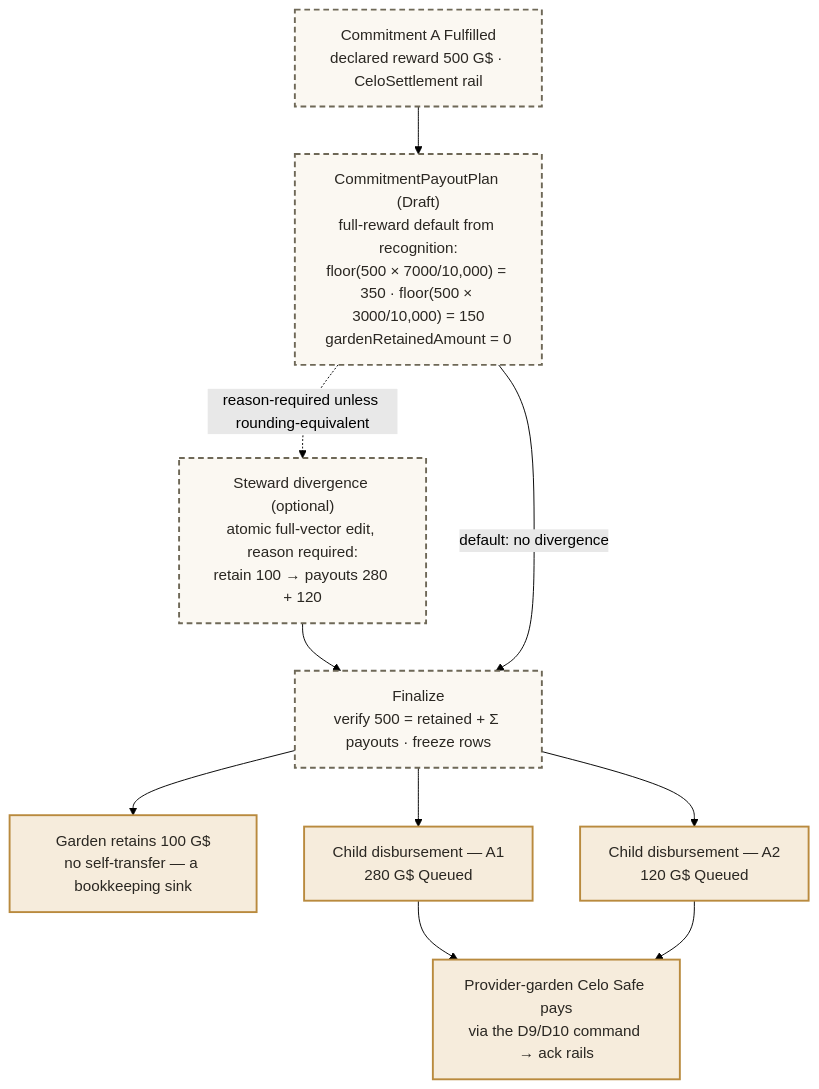
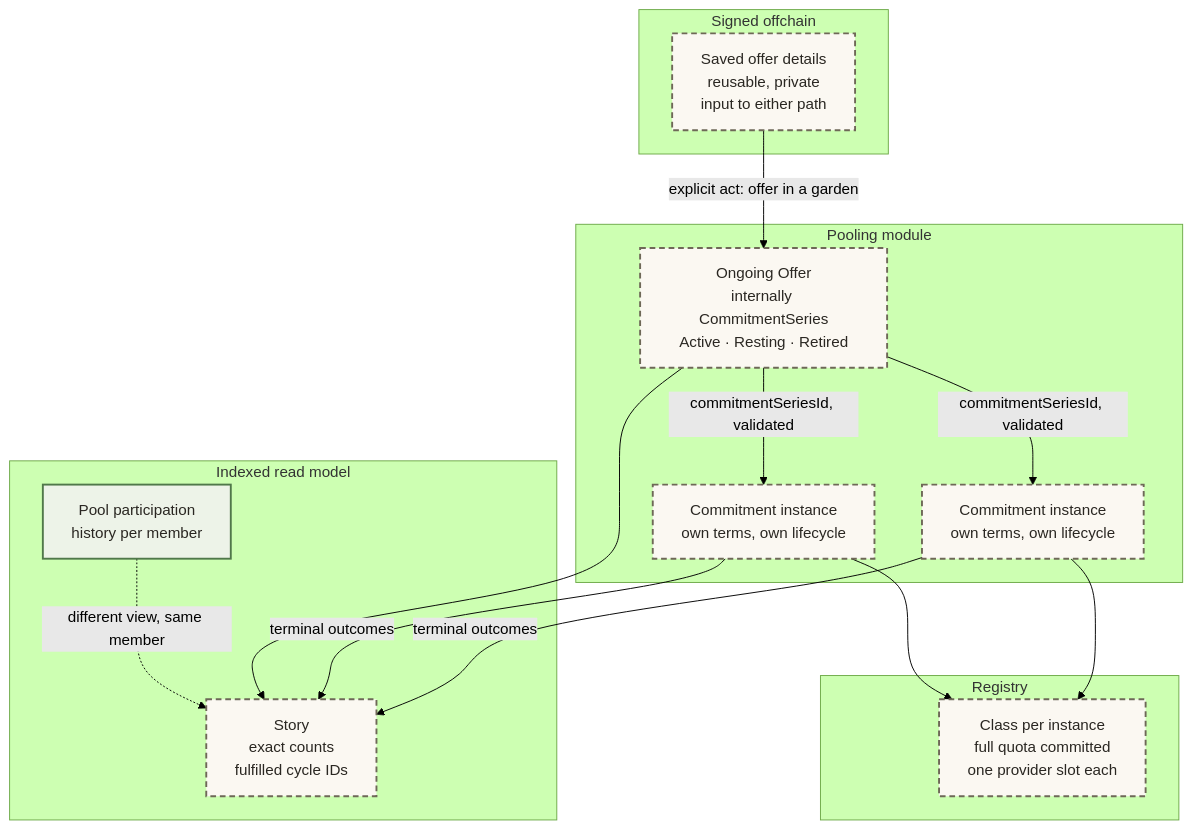
Before and after one commit to greenpill-dev-guild/green-goods: diagram 39 of 40 in .plans/active/commitment-pooling/diagrams.md, drawn with Mermaid (forest theme). The commit also changed other lines of this file and 88 other files, not shown here.

First line of the commit message:
docs(commitment-pooling): revamp architecture and planning artifacts (#689)

````diff
--- a/.plans/active/commitment-pooling/diagrams.md
+++ b/.plans/active/commitment-pooling/diagrams.md
@@ -1875,26 +2336,31 @@
 ```mermaid
 flowchart TB
-  FUL["Commitment A Fulfilled<br/>declared reward 500 G$ · CeloSettlement rail"]
-  PLAN["CommitmentPayoutPlan (Draft)<br/>full-reward default from recognition:<br/>floor(500 × 7000/10,000) = 350 · floor(500 × 3000/10,000) = 150<br/>gardenRetainedAmount = 0"]
-  EDIT["Steward divergence (optional)<br/>atomic full-vector edit, reason required:<br/>retain 100 → payouts 280 + 120"]
-  FIN["Finalize<br/>verify 500 = retained + Σ payouts · freeze rows"]
-  KEEP["Garden retains 100 G$<br/>no self-transfer — a bookkeeping sink"]
-  D1C["Child disbursement — A1<br/>280 G$ Queued"]
-  D2C["Child disbursement — A2<br/>120 G$ Queued"]
-  SAFE["Provider-garden Celo Safe pays<br/>via the D9/D10 command → ack rails"]
-
-  FUL --> PLAN
-  PLAN -.->|"reason-required unless rounding-equivalent"| EDIT
-  EDIT --> FIN
-  PLAN -->|"default: no divergence"| FIN
-  FIN --> KEEP
-  FIN --> D1C
-  FIN --> D2C
-  D1C --> SAFE
-  D2C --> SAFE
-
+  subgraph offchain ["Signed offchain"]
+    PR["Saved offer details<br/>reusable, private<br/>input to either path"]
+  end
+  subgraph module ["Pooling module"]
+    SE["Ongoing Offer<br/>internally CommitmentSeries<br/>Active · Resting · Retired"]
+    C1["Commitment instance<br/>own terms, own lifecycle"]
+    C2["Commitment instance<br/>own terms, own lifecycle"]
+  end
+  subgraph reg ["Registry"]
+    RC["Class per instance<br/>full quota committed<br/>one provider slot each"]
+  end
+  subgraph read ["Indexed read model"]
+    ST["Story<br/>exact counts<br/>fulfilled cycle IDs"]
+    PH["Pool participation<br/>history per member"]
+  end
+  PR -->|"explicit act: offer in a garden"| SE
+  SE -->|"commitmentSeriesId, validated"| C1
+  SE -->|"commitmentSeriesId, validated"| C2
+  C1 --> RC
+  C2 --> RC
+  C1 -->|"terminal outcomes"| ST
+  C2 -->|"terminal outcomes"| ST
+  SE --> ST
+  PH -.->|"different view, same member"| ST
+  classDef built fill:#edf3e8,stroke:#50784a,stroke-width:2px,color:#2a2722
   classDef planned fill:#fbf8f2,stroke:#6e6857,stroke-width:2px,stroke-dasharray:6 4,color:#2a2722
-  classDef value fill:#f6ecdc,stroke:#b98a3e,stroke-width:2px,color:#2a2722
-  class FUL,PLAN,EDIT,FIN planned
-  class KEEP,D1C,D2C,SAFE value
+  class PR,SE,C1,C2,RC,ST planned
+  class PH built
 ```
````
